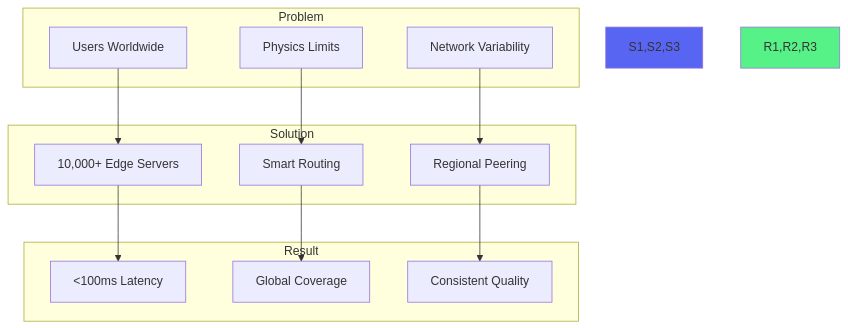
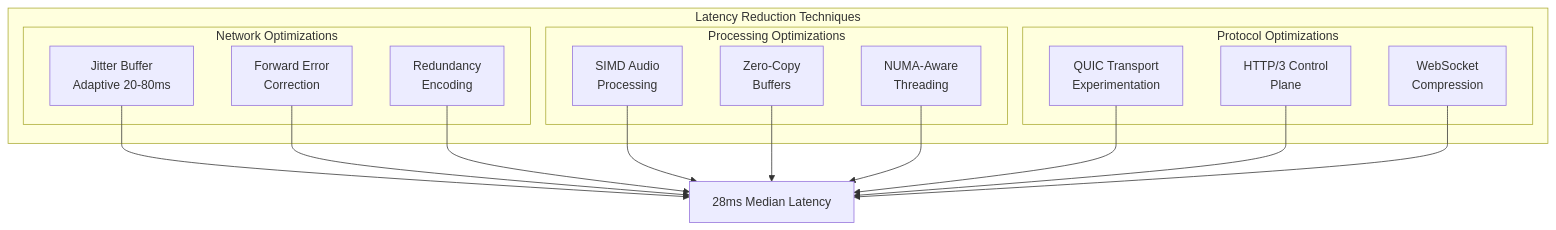
Before and after one commit to deepaucksharma/DStudio: the sixth of 10 diagrams in docs/case-studies/elite-engineering/discord-voice-infrastructure.md, drawn with Mermaid. The commit also changed other lines of this file and 23 other files, not shown here.

````diff
--- a/docs/case-studies/elite-engineering/discord-voice-infrastructure.md
+++ b/docs/case-studies/elite-engineering/discord-voice-infrastructure.md
@@ -270,27 +382,32 @@
 ```mermaid
-graph TB
-    subgraph "Problem"
-        P1[Users Worldwide]
-        P2[Physics Limits]
-        P3[Network Variability]
+graph TD
+    subgraph "Latency Reduction Techniques"
+        subgraph "Network Optimizations"
+            JB[Jitter Buffer<br/>Adaptive 20-80ms]
+            FEC[Forward Error<br/>Correction]
+            RED[Redundancy<br/>Encoding]
+        end
+        
+        subgraph "Processing Optimizations"
+            SIMD[SIMD Audio<br/>Processing]
+            ZC[Zero-Copy<br/>Buffers]
+            NUMA[NUMA-Aware<br/>Threading]
+        end
+        
+        subgraph "Protocol Optimizations"
+            QUIC[QUIC Transport<br/>Experimentation]
+            H3[HTTP/3 Control<br/>Plane]
+            WS[WebSocket<br/>Compression]
+        end
     end
     
-    subgraph "Solution"
-        S1[10,000+ Edge Servers]
-        S2[Smart Routing]
-        S3[Regional Peering]
-    end
-    
-    subgraph "Result"
-        R1[<100ms Latency]
-        R2[Global Coverage]
-        R3[Consistent Quality]
-    end
-    
-    P1 --> S1 --> R1
-    P2 --> S2 --> R2
-    P3 --> S3 --> R3
-    
-    style S1,S2,S3 fill:#5865F2
-    style R1,R2,R3 fill:#57F287
+    JB --> Result[28ms Median Latency]
+    FEC --> Result
+    RED --> Result
+    SIMD --> Result
+    ZC --> Result
+    NUMA --> Result
+    QUIC --> Result
+    H3 --> Result
+    WS --> Result
 ```
````
